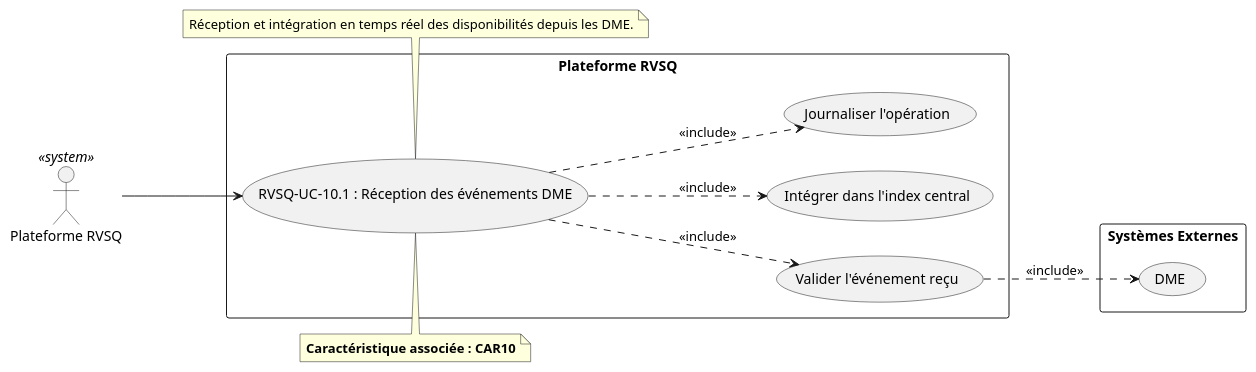
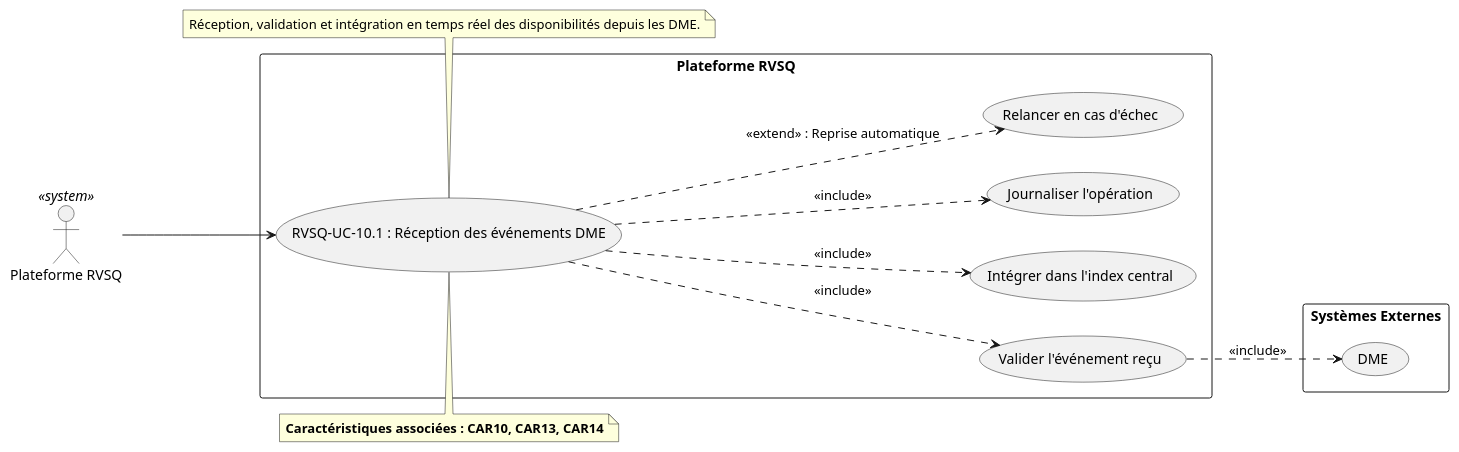
One commit to serghino/use-cases-RVSQ changed the diagram in RVSQ-UC-10_1_Reception_DME.puml. Above: the diagram before and after it, drawn with PlantUML. The commit also changed 23 other files, not shown here.

Commit message:
fix(B04,B06,B09): fix .md structure and add excludes when applicable to the diagrams

```diff
--- a/RVSQ-UC-10_1_Reception_DME.puml
+++ b/RVSQ-UC-10_1_Reception_DME.puml
@@ -1,31 +1,33 @@
 @startuml RVSQ-UC-10_1_Reception_DME
 left to right direction
 
 actor "Plateforme RVSQ" as RVSQActor <<system>>
 
 rectangle "Plateforme RVSQ" {
   usecase "RVSQ-UC-10.1 : Réception des événements DME" as UC101
   usecase "Valider l'événement reçu" as UC101_A
   usecase "Intégrer dans l'index central" as UC101_B
   usecase "Journaliser l'opération" as UC101_C
+  usecase "Relancer en cas d'échec" as UC101_D
 }
 
 rectangle "Systèmes Externes" {
   usecase "DME" as DME
 }
 
 RVSQActor --> UC101
 UC101 ..> UC101_A : <<include>>
 UC101 ..> UC101_B : <<include>>
 UC101 ..> UC101_C : <<include>>
+UC101 ..> UC101_D : <<extend>> : Reprise automatique
 
 UC101_A ..> DME : <<include>>
 
 note top of UC101
-  **Caractéristique associée : CAR10**
+  **Caractéristiques associées : CAR10, CAR13, CAR14**
 end note
 
 note bottom of UC101
-  Réception et intégration en temps réel des disponibilités depuis les DME.
+  Réception, validation et intégration en temps réel des disponibilités depuis les DME.
 end note
 @enduml
```
